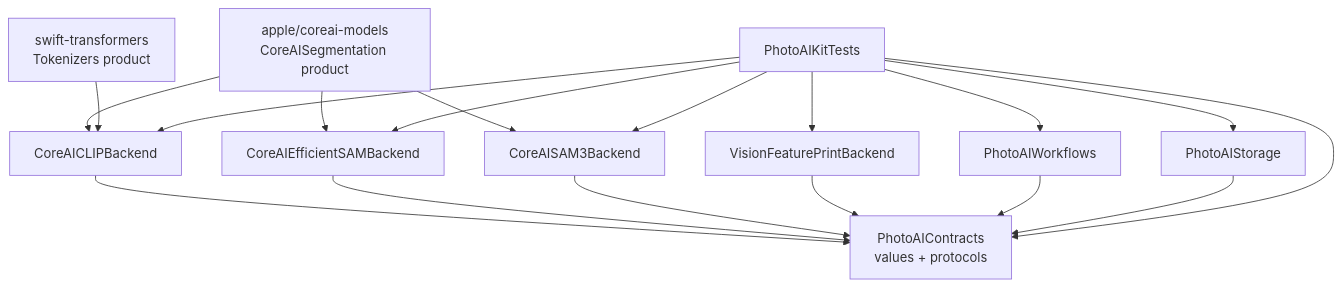
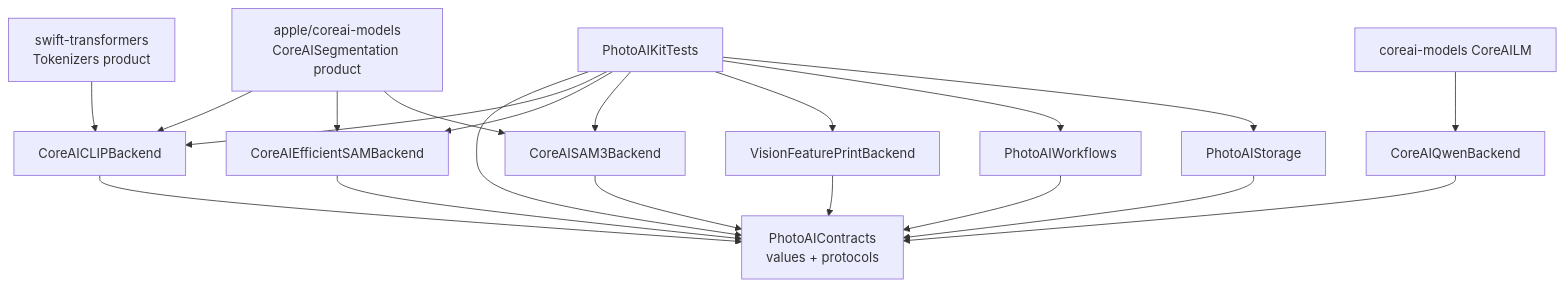
One commit to rsyncOSX/TechDocRawcull changed the first of 2 diagrams in content/en/docs/packages/photoaikit.md. Above: the diagram before and after it, drawn with Mermaid. The commit also changed other lines of this file and 8 other files, not shown here.

````diff
--- a/content/en/docs/packages/photoaikit.md
+++ b/content/en/docs/packages/photoaikit.md
@@ -68,21 +65,23 @@
 ```mermaid
 flowchart TD
     Contracts["PhotoAIContracts\nvalues + protocols"]
     CLIP["CoreAICLIPBackend"] --> Contracts
     Efficient["CoreAIEfficientSAMBackend"] --> Contracts
     SAM3["CoreAISAM3Backend"] --> Contracts
     Vision["VisionFeaturePrintBackend"] --> Contracts
+    Qwen["CoreAIQwenBackend"] --> Contracts
+    CoreLM["coreai-models CoreAILM"] --> Qwen
     Workflows["PhotoAIWorkflows"] --> Contracts
     Storage["PhotoAIStorage"] --> Contracts
     CoreAI["apple/coreai-models\nCoreAISegmentation product"] --> CLIP
     CoreAI --> Efficient
     CoreAI --> SAM3
     Transformers["swift-transformers\nTokenizers product"] --> CLIP
     Tests["PhotoAIKitTests"] --> Contracts
     Tests --> CLIP
     Tests --> Efficient
     Tests --> SAM3
     Tests --> Vision
     Tests --> Workflows
     Tests --> Storage
 ```
````
